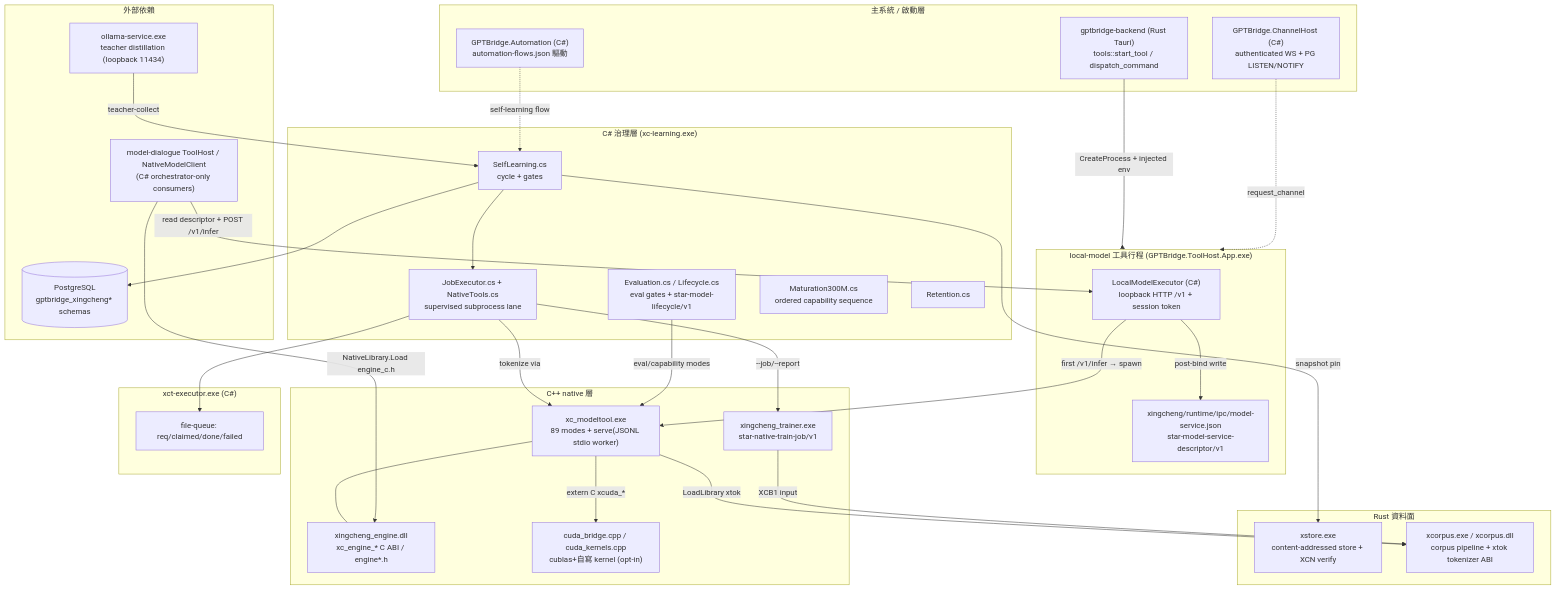
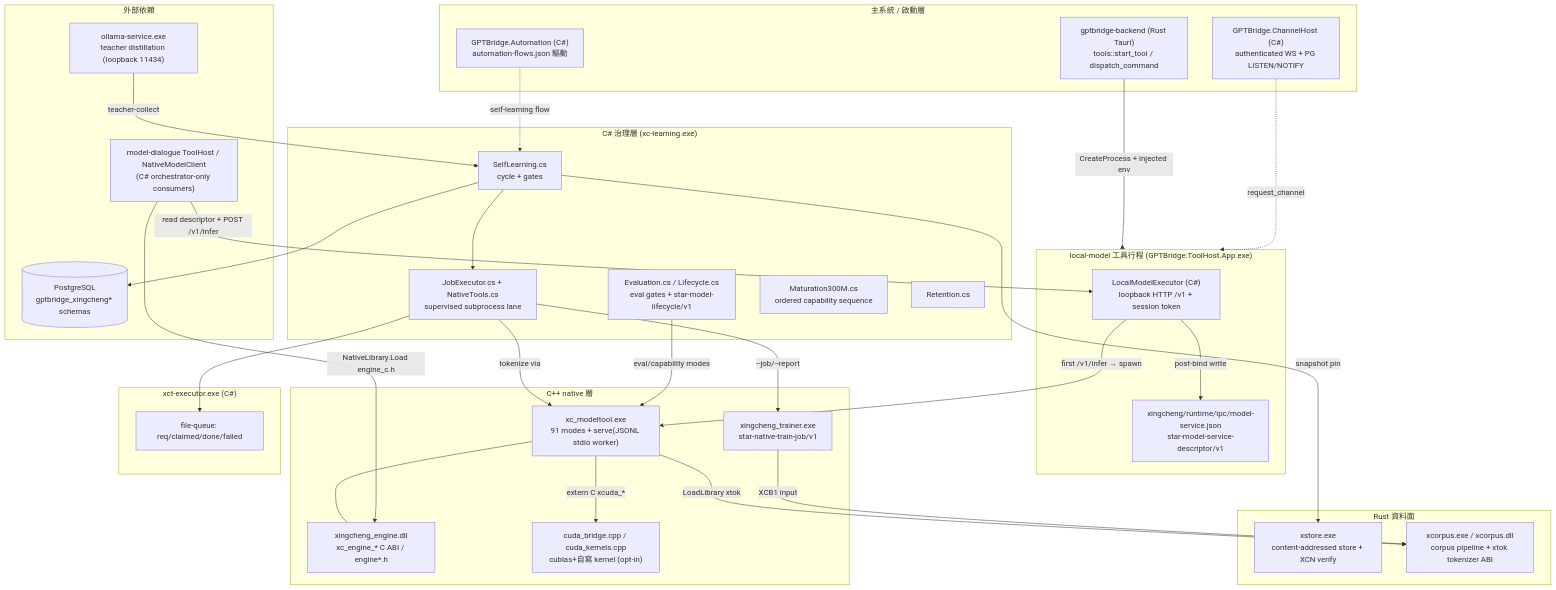
Before and after one commit to guilty442-source/GPTBridge: the diagram in governance_rule/codex/architecture-xingcheng-architecture.md, drawn with Mermaid. The commit also changed 6 other files, not shown here.

````diff
--- a/governance_rule/codex/architecture-xingcheng-architecture.md
+++ b/governance_rule/codex/architecture-xingcheng-architecture.md
@@ -7,65 +7,65 @@
 ```mermaid
 flowchart TB
     subgraph HOST["主系統 / 啟動層"]
         BE["gptbridge-backend (Rust Tauri)<br/>tools::start_tool / dispatch_command"]
         AUTO["GPTBridge.Automation (C#)<br/>automation-flows.json 驅動"]
         CH["GPTBridge.ChannelHost (C#)<br/>authenticated WS + PG LISTEN/NOTIFY"]
     end
 
     subgraph TOOL["local-model 工具行程 (GPTBridge.ToolHost.App.exe)"]
         EXEC["LocalModelExecutor (C#)<br/>loopback HTTP /v1 + session token"]
         IPC["xingcheng/runtime/ipc/model-service.json<br/>star-model-service-descriptor/v1"]
     end
 
     subgraph NATIVE["C++ native 層"]
-        MODELTOOL["xc_modeltool.exe<br/>89 modes + serve(JSONL stdio worker)"]
+        MODELTOOL["xc_modeltool.exe<br/>91 modes + serve(JSONL stdio worker)"]
         ENGINE["xingcheng_engine.dll<br/>xc_engine_* C ABI / engine*.h"]
         TRAINER["xingcheng_trainer.exe<br/>star-native-train-job/v1"]
         CUDA["cuda_bridge.cpp / cuda_kernels.cpp<br/>cublas+自寫 kernel (opt-in)"]
     end
 
     subgraph RUST["Rust 資料面"]
         XSTORE["xstore.exe<br/>content-addressed store + XCN verify"]
         XCORPUS["xcorpus.exe / xcorpus.dll<br/>corpus pipeline + xtok tokenizer ABI"]
     end
 
     subgraph CSHARP["C# 治理層 (xc-learning.exe)"]
         SL["SelfLearning.cs<br/>cycle + gates"]
         JE["JobExecutor.cs + NativeTools.cs<br/>supervised subprocess lane"]
         EV["Evaluation.cs / Lifecycle.cs<br/>eval gates + star-model-lifecycle/v1"]
         MAT["Maturation300M.cs<br/>ordered capability sequence"]
         RET["Retention.cs"]
     end
 
     subgraph QUEUE["xct-executor.exe (C#)"]
         FQ["file-queue: req/claimed/done/failed"]
     end
 
     subgraph EXT["外部依賴"]
         PG[("PostgreSQL<br/>gptbridge_xingcheng* schemas")]
         CONSUMERS["model-dialogue ToolHost / NativeModelClient<br/>(C# orchestrator-only consumers)"]
         OLLAMA["ollama-service.exe<br/>teacher distillation (loopback 11434)"]
     end
 
     BE -->|CreateProcess + injected env| TOOL
     EXEC -->|post-bind write| IPC
     EXEC -->|first /v1/infer → spawn| MODELTOOL
     MODELTOOL --- ENGINE
     MODELTOOL -->|LoadLibrary xtok| XCORPUS
     MODELTOOL -->|extern C xcuda_*| CUDA
     CONSUMERS -->|read descriptor + POST /v1/infer| EXEC
     CONSUMERS -->|NativeLibrary.Load engine_c.h| ENGINE
 
     SL --> PG
     SL --> JE
     JE -->|tokenize via| MODELTOOL
     JE -->|--job/--report| TRAINER
     JE --> FQ
     TRAINER -->|XCB1 input| XCORPUS
     SL -->|snapshot pin| XSTORE
     EV -->|eval/capability modes| MODELTOOL
     OLLAMA -->|teacher-collect| SL
 
     AUTO -.->|self-learning flow| SL
     CH -.->|request_channel| TOOL
 ```
````
